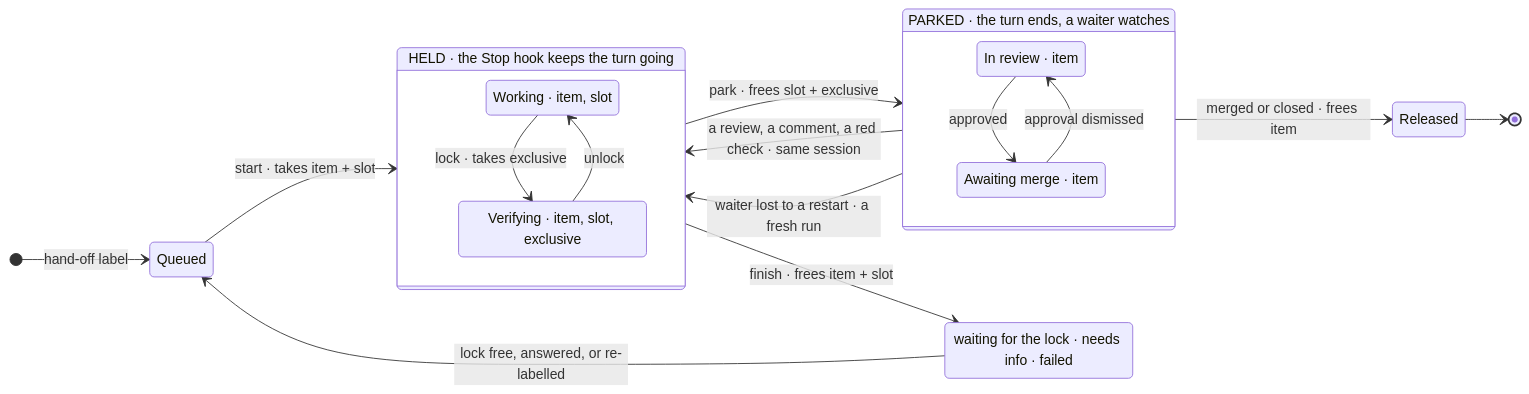
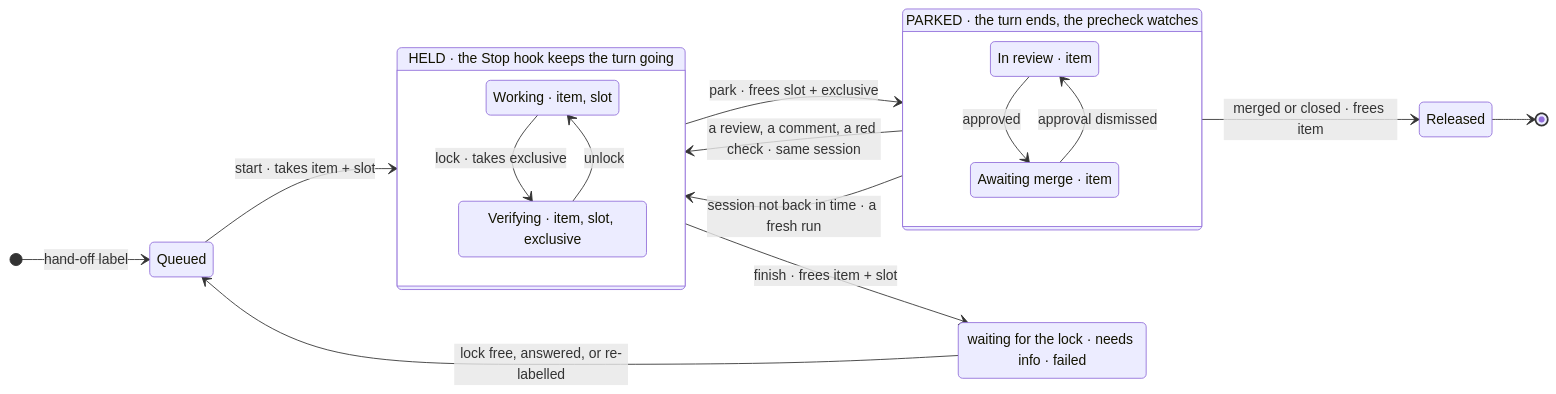
The diagram in README.md (dam-agents/software-developer), drawn with Mermaid before and after one commit. The commit also changed other lines of this file and 22 other files, not shown here.

Commit message:
feat: the precheck watches a parked item; nothing waits in the sandbox (6.17.0) (#55)

````diff
--- a/README.md
+++ b/README.md
@@ -65,26 +64,26 @@
 ```mermaid
 stateDiagram-v2
     direction LR
     [*] --> Queued: hand-off label
     Queued --> Held: start · takes item + slot
     state "HELD · the Stop hook keeps the turn going" as Held {
         Working --> Verifying: lock · takes exclusive
         Verifying --> Working: unlock
     }
-    state "PARKED · the turn ends, a waiter watches" as Parked {
+    state "PARKED · the turn ends, the precheck watches" as Parked {
         InReview --> AwaitingMerge: approved
         AwaitingMerge --> InReview: approval dismissed
     }
     Held --> Parked: park · frees slot + exclusive
     Parked --> Held: a review, a comment, a red check · same session
-    Parked --> Held: waiter lost to a restart · a fresh run
+    Parked --> Held: session not back in time · a fresh run
     Parked --> Released: merged or closed · frees item
     Released --> [*]
     Held --> Aside: finish · frees item + slot
     Aside --> Queued: lock free, answered, or re-labelled
     Working: Working · item, slot
     Verifying: Verifying · item, slot, exclusive
     InReview: In review · item
     AwaitingMerge: Awaiting merge · item
     Aside: waiting for the lock · needs info · failed
 ```
````
